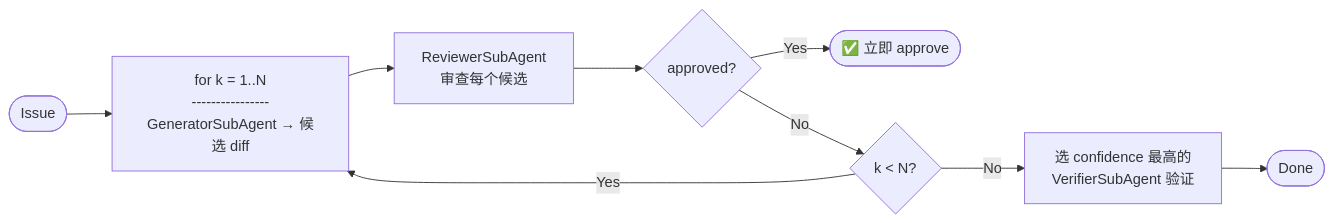
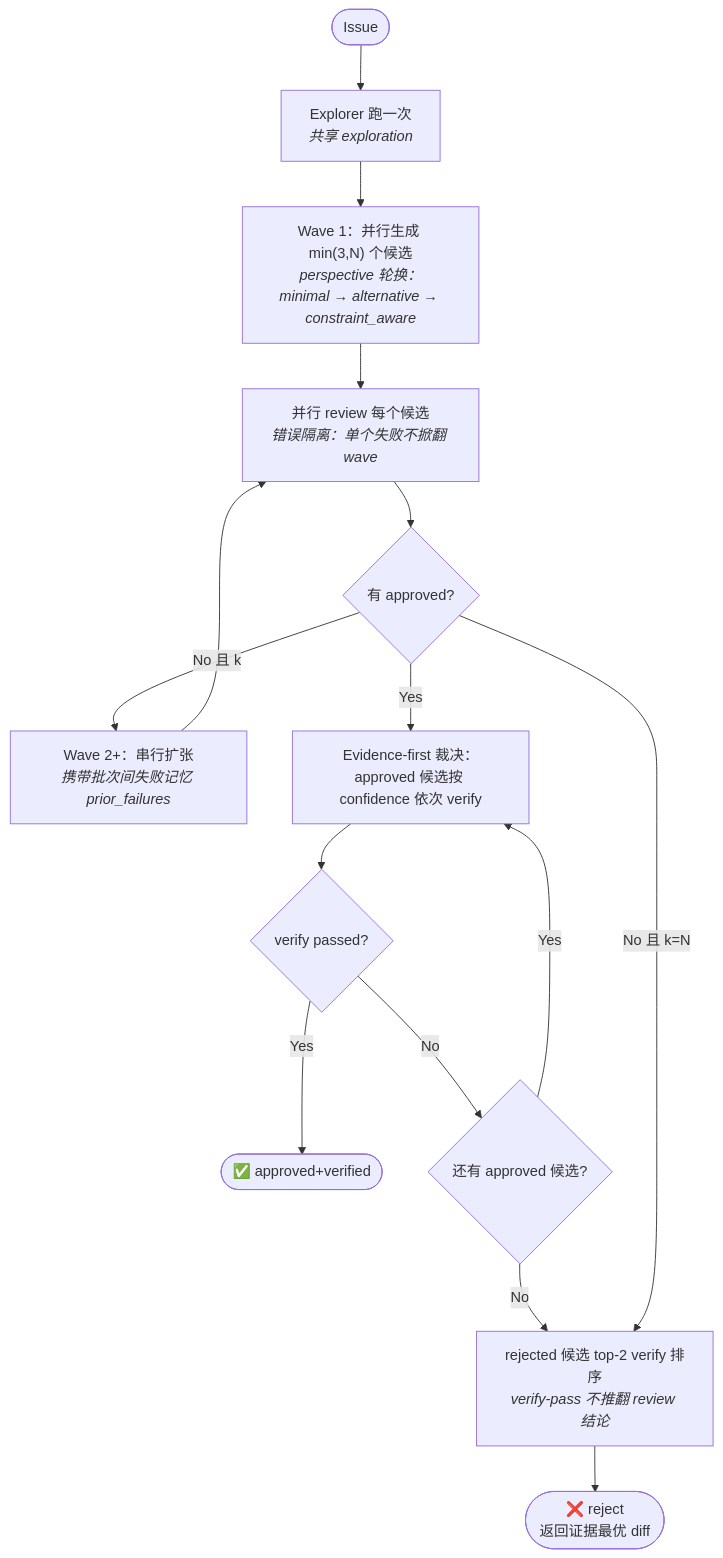
The fifth of 14 diagrams in README.md (KevinZhangNothing/swe-review-plugin), drawn with Mermaid before and after one commit. The commit also changed other lines of this file and 7 other files, not shown here.

````diff
--- a/README.md
+++ b/README.md
@@ -153,14 +153,19 @@
 ```mermaid
-flowchart LR
-    START([Issue]) --> LOOP["for k = 1..N<br/>----------------<br/>GeneratorSubAgent → 候选 diff"]
-    LOOP --> REVIEW_EACH[ReviewerSubAgent<br/>审查每个候选]
-    REVIEW_EACH --> CHECK{approved?}
+flowchart TB
+    START([Issue]) --> EXP["Explorer 跑一次<br/><i>共享 exploration</i>"]
+    EXP --> WAVE1["Wave 1：并行生成 min(3,N) 个候选<br/><i>perspective 轮换：<br/>minimal → alternative → constraint_aware</i>"]
+    WAVE1 --> REV1["并行 review 每个候选<br/><i>错误隔离：单个失败不掀翻 wave</i>"]
+    REV1 --> ANY_OK{有 approved?}
 
-    CHECK -->|Yes| APPROVE_IMMED([✅ 立即 approve])
-    CHECK -->|No| NEXT{k < N?}
+    ANY_OK -->|No 且 k<N| WAVE2["Wave 2+：串行扩张<br/><i>携带批次间失败记忆 prior_failures</i>"]
+    WAVE2 --> REV1
 
-    NEXT -->|Yes| LOOP
-    NEXT -->|No| PICK_BEST["选 confidence 最高的<br/>VerifierSubAgent 验证"]
-
-    PICK_BEST --> DONE([Done])
+    ANY_OK -->|Yes| ADJ["Evidence-first 裁决：<br/>approved 候选按 confidence 依次 verify"]
+    ADJ --> VPASSED{verify passed?}
+    VPASSED -->|Yes| SUCCESS([✅ approved+verified])
+    VPASSED -->|No| NEXTC{还有 approved 候选?}
+    NEXTC -->|Yes| ADJ
+    NEXTC -->|No| TIEBREAK["rejected 候选 top-2 verify 排序<br/><i>verify-pass 不推翻 review 结论</i>"]
+    TIEBREAK --> REJECT([❌ reject<br/>返回证据最优 diff])
+    ANY_OK -->|No 且 k=N| TIEBREAK
 ```
````
